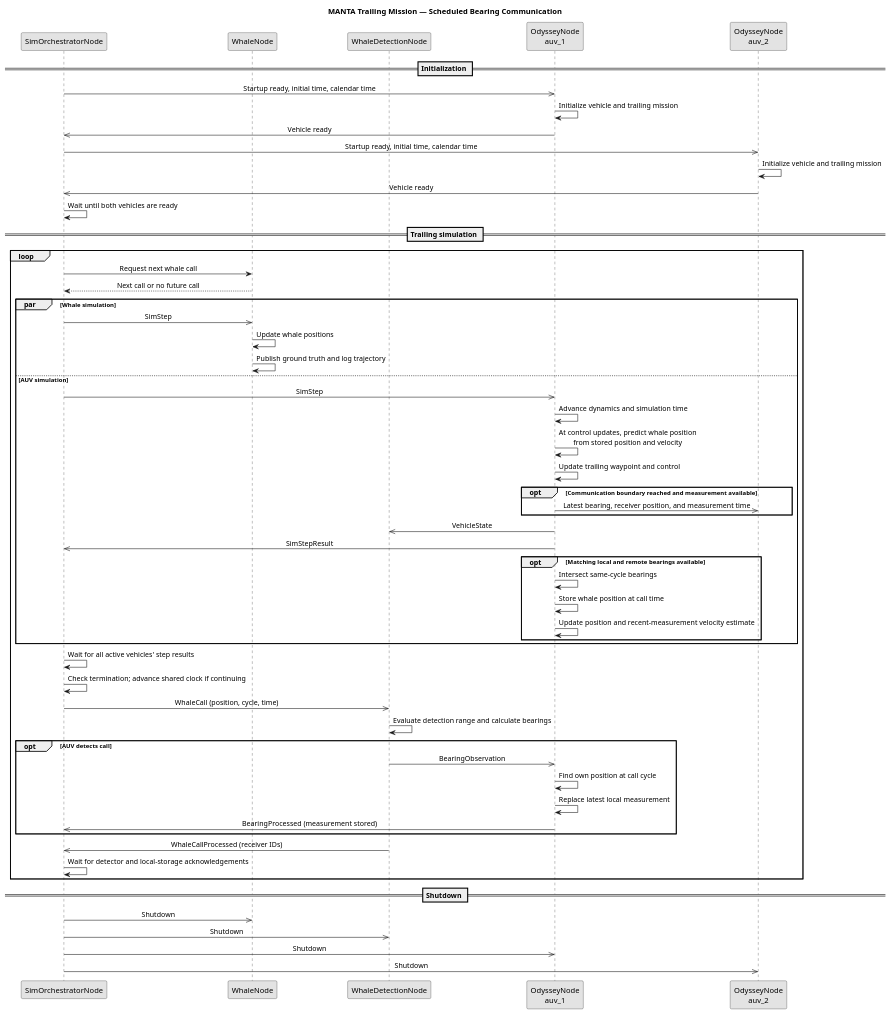
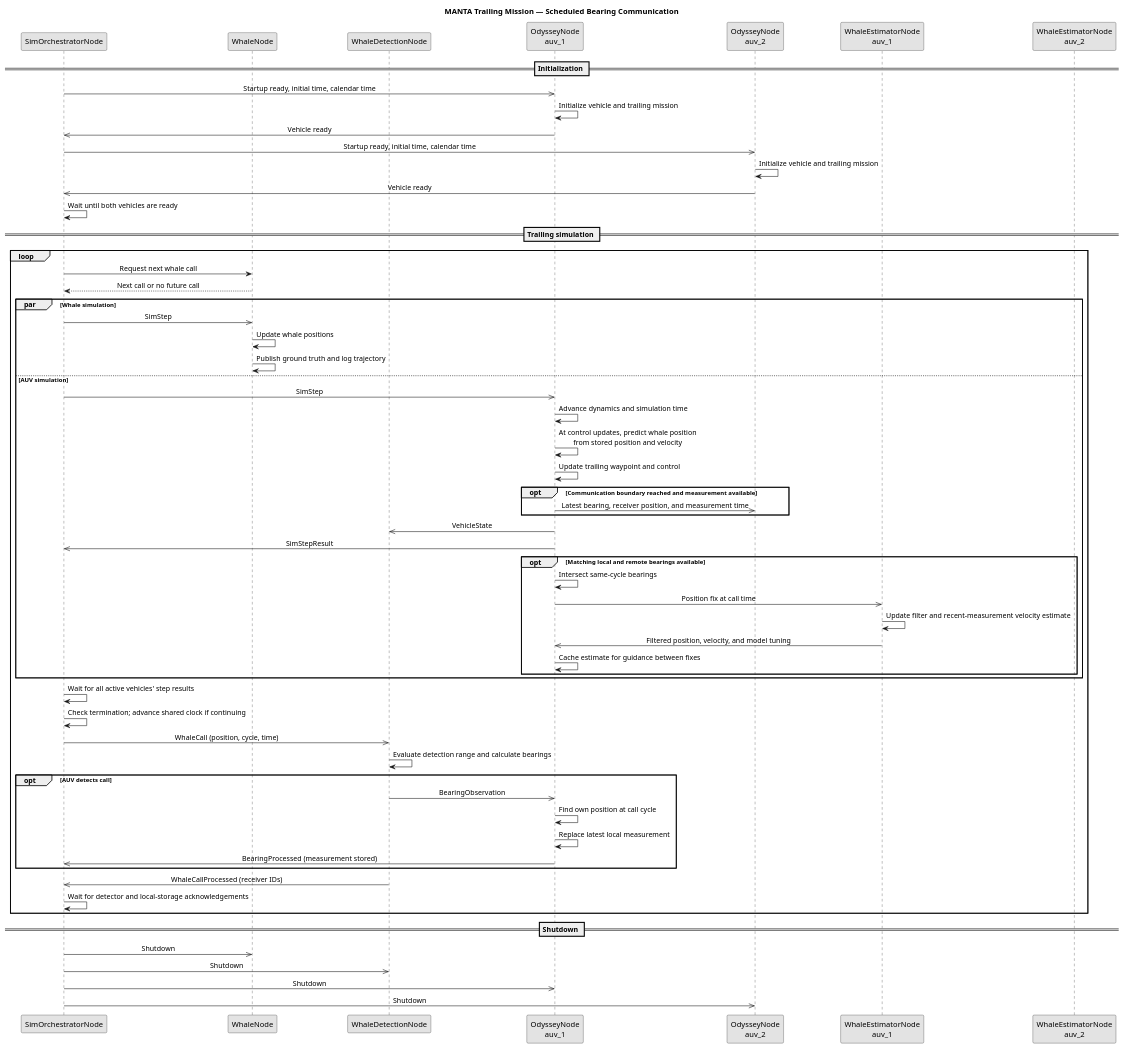
One commit to Tebcherani/MANTA changed the diagram in missions/trailing/docs/sim_sequence.puml. Above: the diagram before and after it, drawn with PlantUML. The commit also changed 33 other files, not shown here.

```diff
--- a/missions/trailing/docs/sim_sequence.puml
+++ b/missions/trailing/docs/sim_sequence.puml
@@ -1,83 +1,87 @@
 @startuml
 title MANTA Trailing Mission — Scheduled Bearing Communication
 
 skinparam monochrome true
 skinparam shadowing false
 skinparam sequenceMessageAlign center
 skinparam responseMessageBelowArrow true
 
 participant "SimOrchestratorNode" as Orchestrator
 participant "WhaleNode" as Whale
 participant "WhaleDetectionNode" as Detection
 participant "OdysseyNode\nauv_1" as AUV1
 participant "OdysseyNode\nauv_2" as AUV2
+participant "WhaleEstimatorNode\nauv_1" as Estimator1
+participant "WhaleEstimatorNode\nauv_2" as Estimator2
 
 == Initialization ==
 
 Orchestrator ->> AUV1 : Startup ready, initial time, calendar time
 AUV1 -> AUV1 : Initialize vehicle and trailing mission
 AUV1 ->> Orchestrator : Vehicle ready
 
 Orchestrator ->> AUV2 : Startup ready, initial time, calendar time
 AUV2 -> AUV2 : Initialize vehicle and trailing mission
 AUV2 ->> Orchestrator : Vehicle ready
 
 Orchestrator -> Orchestrator : Wait until both vehicles are ready
 
 == Trailing simulation ==
 
 loop
 
     Orchestrator -> Whale : Request next whale call
     Whale --> Orchestrator : Next call or no future call
 
     par Whale simulation
         Orchestrator ->> Whale : SimStep
         Whale -> Whale : Update whale positions
         Whale -> Whale : Publish ground truth and log trajectory
 
     else AUV simulation
         Orchestrator ->> AUV1 : SimStep
         AUV1 -> AUV1 : Advance dynamics and simulation time
         AUV1 -> AUV1 : At control updates, predict whale position\nfrom stored position and velocity
         AUV1 -> AUV1 : Update trailing waypoint and control
 
         opt Communication boundary reached and measurement available
             AUV1 ->> AUV2 : Latest bearing, receiver position, and measurement time
         end
 
         AUV1 ->> Detection : VehicleState
         AUV1 ->> Orchestrator : SimStepResult
 
         opt Matching local and remote bearings available
             AUV1 -> AUV1 : Intersect same-cycle bearings
-            AUV1 -> AUV1 : Store whale position at call time
-            AUV1 -> AUV1 : Update position and recent-measurement velocity estimate
+            AUV1 ->> Estimator1 : Position fix at call time
+            Estimator1 -> Estimator1 : Update filter and recent-measurement velocity estimate
+            Estimator1 ->> AUV1 : Filtered position, velocity, and model tuning
+            AUV1 -> AUV1 : Cache estimate for guidance between fixes
         end
     end
 
     Orchestrator -> Orchestrator : Wait for all active vehicles' step results
     Orchestrator -> Orchestrator : Check termination; advance shared clock if continuing
 
     Orchestrator ->> Detection : WhaleCall (position, cycle, time)
     Detection -> Detection : Evaluate detection range and calculate bearings
 
     opt AUV detects call
         Detection ->> AUV1 : BearingObservation
         AUV1 -> AUV1 : Find own position at call cycle
         AUV1 -> AUV1 : Replace latest local measurement
         AUV1 ->> Orchestrator : BearingProcessed (measurement stored)
     end
 
         Detection ->> Orchestrator : WhaleCallProcessed (receiver IDs)
         Orchestrator -> Orchestrator : Wait for detector and local-storage acknowledgements
 end
 
 == Shutdown ==
 
 Orchestrator ->> Whale : Shutdown
 Orchestrator ->> Detection : Shutdown
 Orchestrator ->> AUV1 : Shutdown
 Orchestrator ->> AUV2 : Shutdown
 
 @enduml
```
